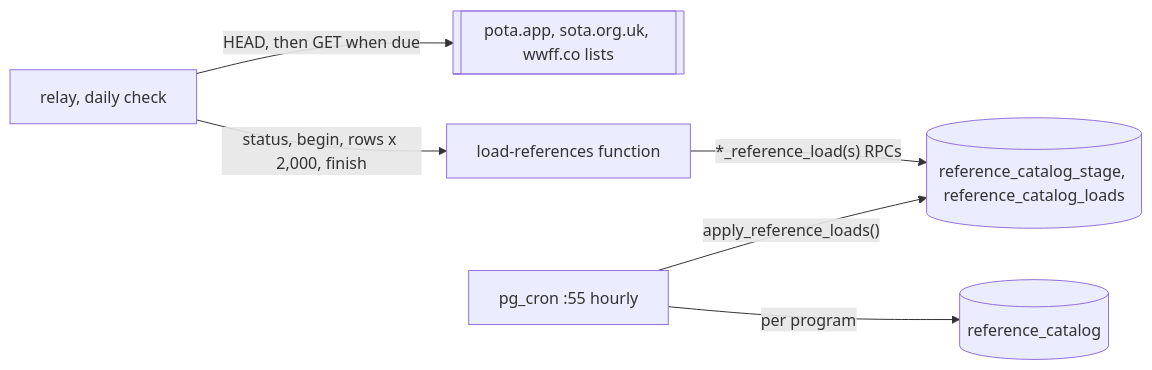
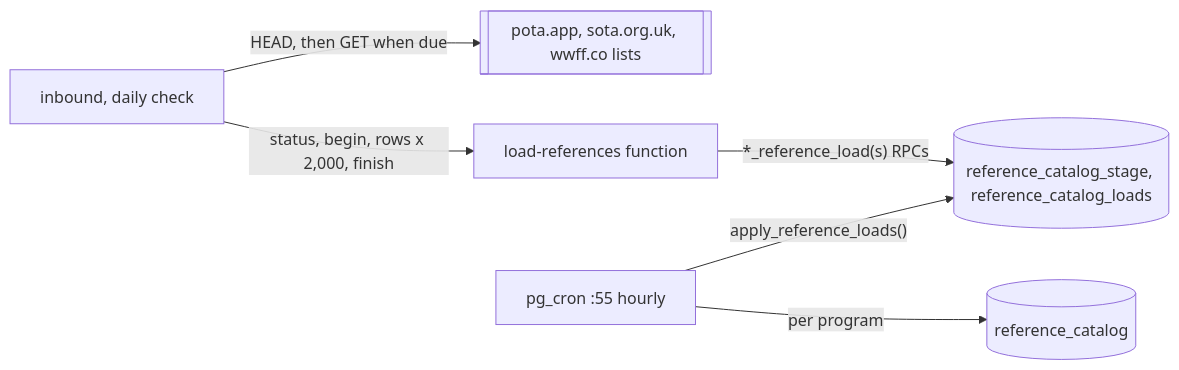
Diagram 11 of 16 in docs/ARCHITECTURE.md (johnsonm/longlines), drawn with Mermaid before and after one commit. The commit also changed other lines of this file and 102 other files, not shown here.

First line of the commit message:
Rename the relay to the inbound worker

````diff
--- a/docs/ARCHITECTURE.md
+++ b/docs/ARCHITECTURE.md
@@ -1165,8 +1165,8 @@
 ```mermaid
 flowchart LR
-  R[relay, daily check] -- "HEAD, then GET when due" --> P[[pota.app, sota.org.uk, wwff.co lists]]
+  R[inbound, daily check] -- "HEAD, then GET when due" --> P[[pota.app, sota.org.uk, wwff.co lists]]
   R -- "status, begin, rows x 2,000, finish" --> F[load-references function]
   F -- "*_reference_load(s) RPCs" --> S[(reference_catalog_stage, reference_catalog_loads)]
   C[pg_cron :55 hourly] -- "apply_reference_loads()" --> S
   C -- "per program" --> L[(reference_catalog)]
 ```
````
